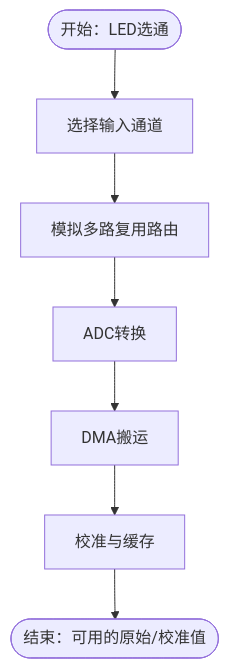
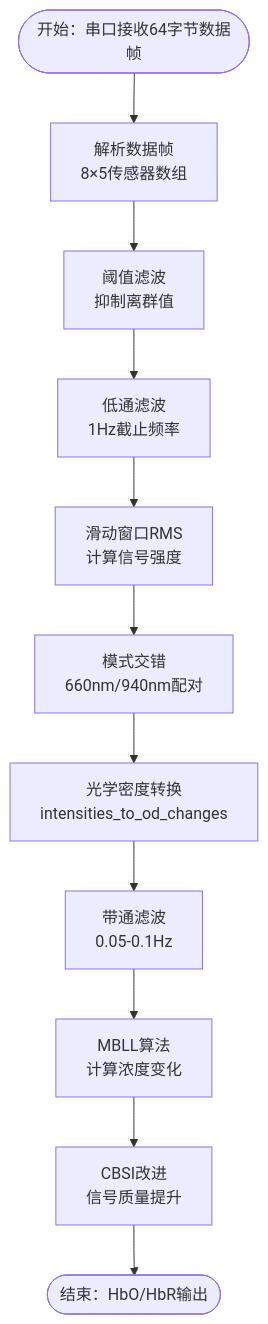
Before and after one commit to zhushizi/fNIRS-main: the second of 3 diagrams in .qoder/repowiki/zh/content/硬件系统/硬件系统.md, drawn with Mermaid. The commit also changed other lines of this file and 28 other files, not shown here.

````diff
--- a/.qoder/repowiki/zh/content/硬件系统/硬件系统.md
+++ b/.qoder/repowiki/zh/content/硬件系统/硬件系统.md
@@ -142,9 +83,13 @@
 ```mermaid
 flowchart TD
-Start(["开始：LED选通"]) --> SelectCh["选择输入通道"]
-SelectCh --> Route["模拟多路复用路由"]
-Route --> ADCConv["ADC转换"]
-ADCConv --> DMA["DMA搬运"]
-DMA --> Calib["校准与缓存"]
-Calib --> End(["结束：可用的原始/校准值"])
+Start(["开始：串口接收64字节数据帧"]) --> Parse["解析数据帧<br/>8×5传感器数组"]
+Parse --> Filter["阈值滤波<br/>抑制离群值"]
+Filter --> LowPass["低通滤波<br/>1Hz截止频率"]
+LowPass --> RMS["滑动窗口RMS<br/>计算信号强度"]
+RMS --> Interleave["模式交错<br/>660nm/940nm配对"]
+Interleave --> OD["光学密度转换<br/>intensities_to_od_changes"]
+OD --> Bandpass["带通滤波<br/>0.05-0.1Hz"]
+Bandpass --> MBLL["MBLL算法<br/>计算浓度变化"]
+MBLL --> CBSI["CBSI改进<br/>信号质量提升"]
+CBSI --> End(["结束：HbO/HbR输出"])
 ```
````
